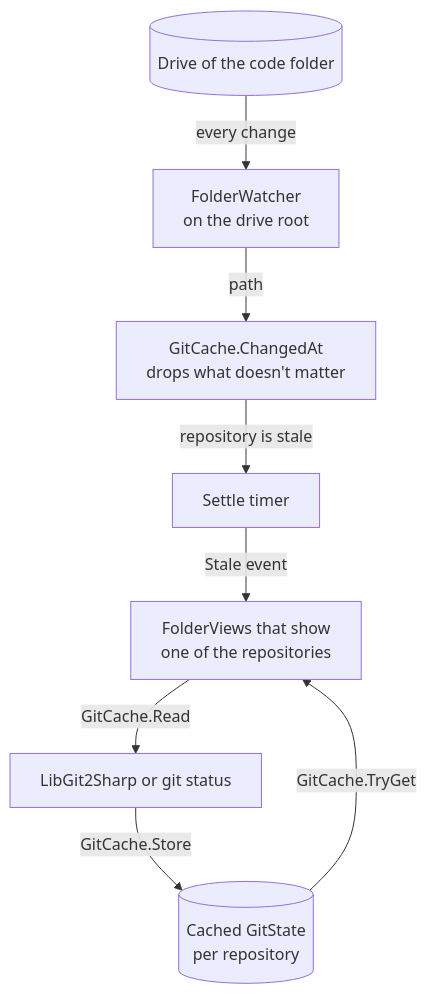
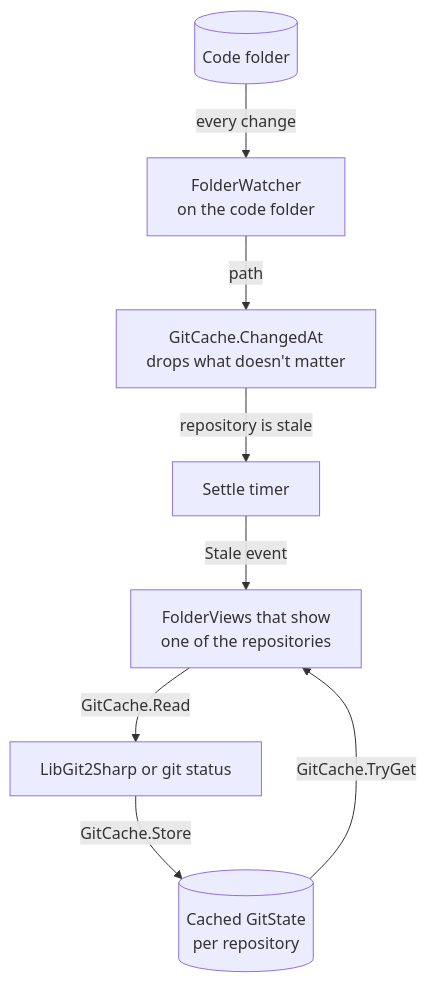
One commit to SimonCropp/Lode changed the first of 6 diagrams in docs/git-status.md. Above: the diagram before and after it, drawn with Mermaid. The commit also changed other lines of this file and 19 other files, not shown here.

````diff
--- a/docs/git-status.md
+++ b/docs/git-status.md
@@ -16,10 +16,10 @@
 ```mermaid
 flowchart TD
-    Drive[("Drive of the code folder")] -->|every change| Watch["FolderWatcher<br/>on the drive root"]
+    Code[("Code folder")] -->|every change| Watch["FolderWatcher<br/>on the code folder"]
     Watch -->|path| Filter["GitCache.ChangedAt<br/>drops what doesn't matter"]
     Filter -->|repository is stale| Timer["Settle timer"]
     Timer -->|Stale event| Views["FolderViews that show<br/>one of the repositories"]
     Views -->|"GitCache.Read"| Reader["LibGit2Sharp or git status"]
     Reader -->|"GitCache.Store"| Cache[("Cached GitState<br/>per repository")]
     Cache -->|"GitCache.TryGet"| Views
 ```
````
